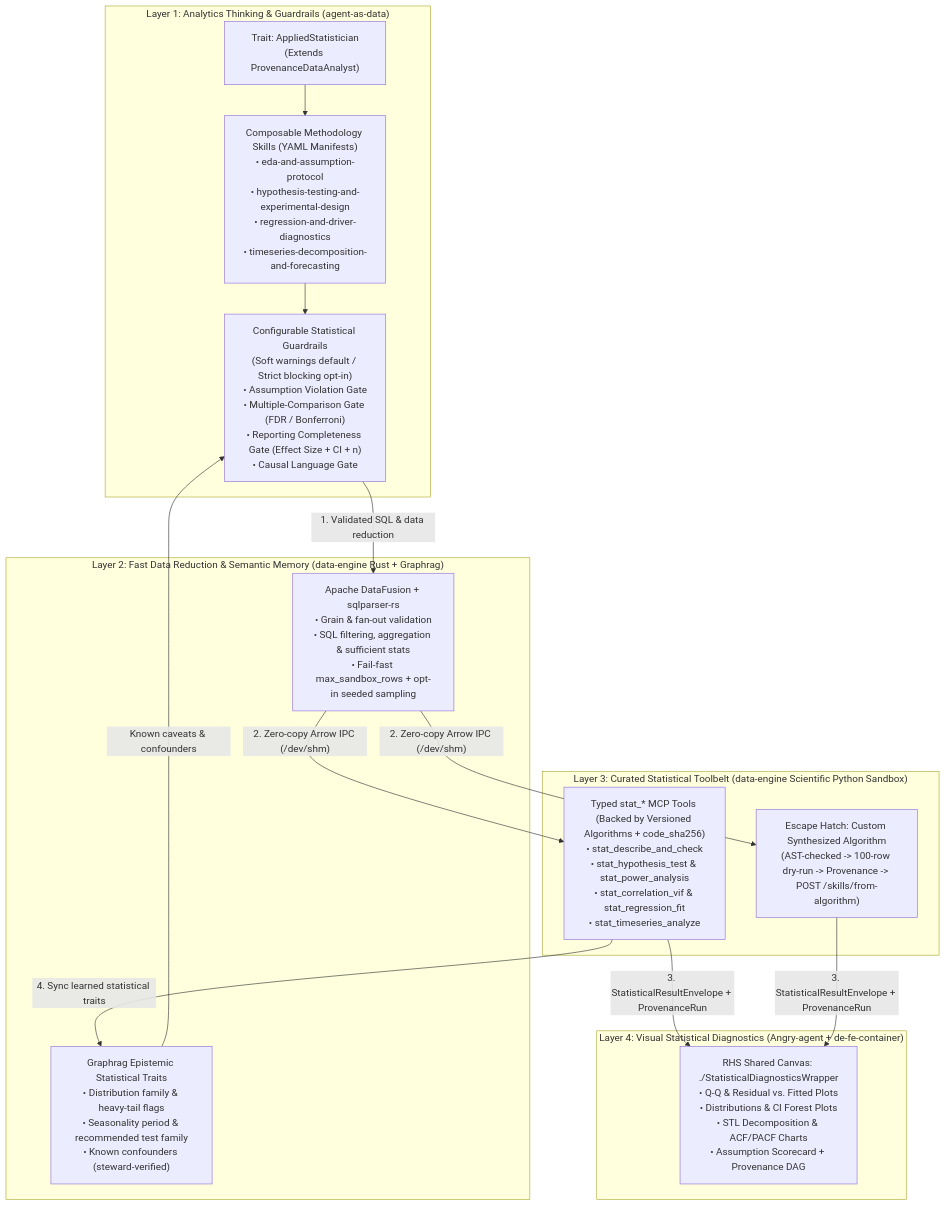
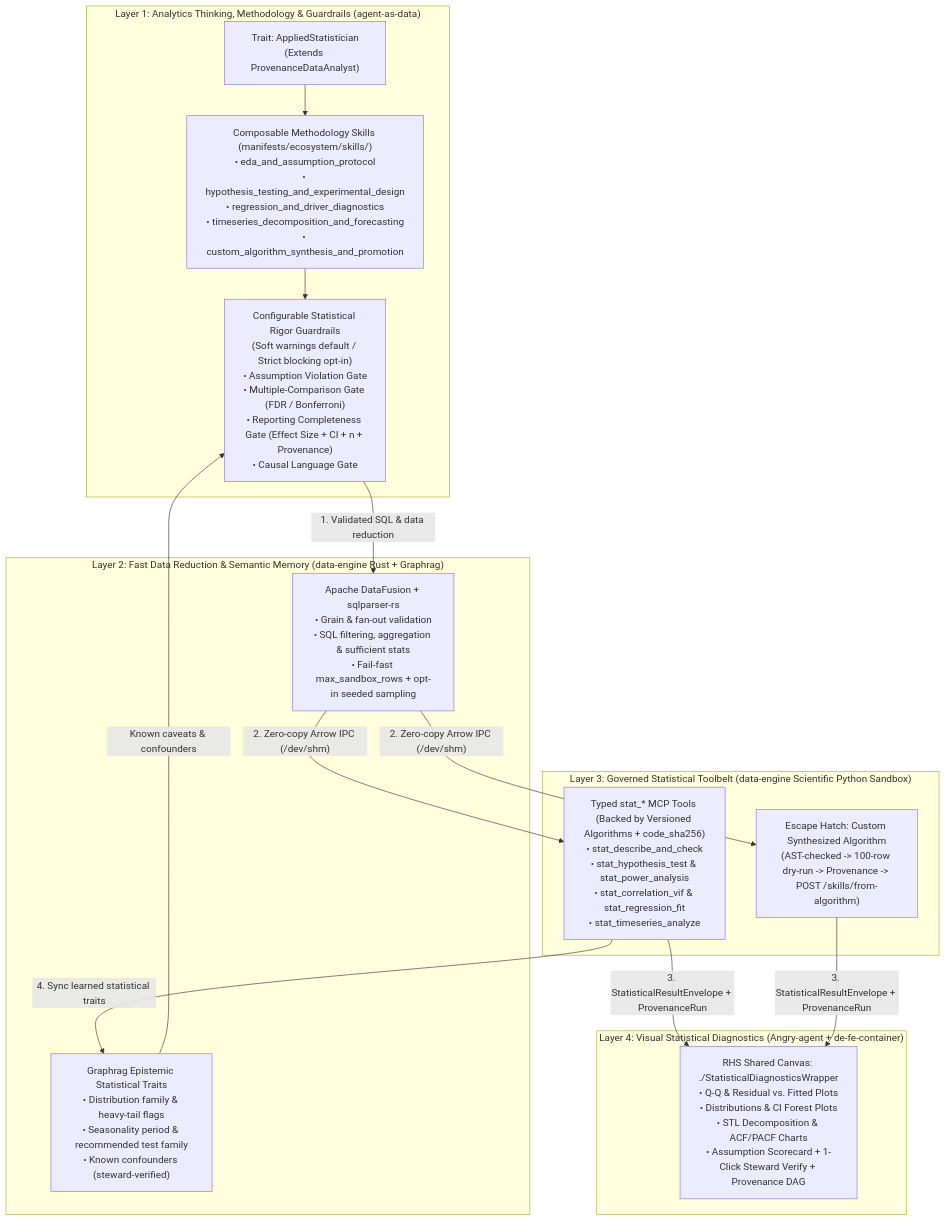
The diagram in spec/research/statistical-analytics-skills-and-compute-research.md (PolecatWorks/data-engine), drawn with Mermaid before and after one commit. The commit also changed other lines of this file and 21 other files, not shown here.

Commit message:
feat(analytics): implement Specs 10, 11 & 12 backend (scientific Python Arrow IPC sandbox, 6 stat_* tools, MCP/REST API, STAT-TRAP-01..04, and architectural rationale)

````diff
--- a/spec/research/statistical-analytics-skills-and-compute-research.md
+++ b/spec/research/statistical-analytics-skills-and-compute-research.md
@@ -30,29 +67,29 @@
 ```mermaid
 flowchart TB
-    subgraph L1["Layer 1: Analytics Thinking & Guardrails (agent-as-data)"]
+    subgraph L1["Layer 1: Analytics Thinking, Methodology & Guardrails (agent-as-data)"]
         Trait["Trait: AppliedStatistician\n(Extends ProvenanceDataAnalyst)"]
-        Skills["Composable Methodology Skills (YAML Manifests)\n• eda-and-assumption-protocol\n• hypothesis-testing-and-experimental-design\n• regression-and-driver-diagnostics\n• timeseries-decomposition-and-forecasting"]
-        Guard["Configurable Statistical Guardrails\n(Soft warnings default / Strict blocking opt-in)\n• Assumption Violation Gate\n• Multiple-Comparison Gate (FDR / Bonferroni)\n• Reporting Completeness Gate (Effect Size + CI + n)\n• Causal Language Gate"]
+        Skills["Composable Methodology Skills (manifests/ecosystem/skills/)\n• eda_and_assumption_protocol\n• hypothesis_testing_and_experimental_design\n• regression_and_driver_diagnostics\n• timeseries_decomposition_and_forecasting\n• custom_algorithm_synthesis_and_promotion"]
+        Guard["Configurable Statistical Rigor Guardrails\n(Soft warnings default / Strict blocking opt-in)\n• Assumption Violation Gate\n• Multiple-Comparison Gate (FDR / Bonferroni)\n• Reporting Completeness Gate (Effect Size + CI + n + Provenance)\n• Causal Language Gate"]
     end
 
     subgraph L2["Layer 2: Fast Data Reduction & Semantic Memory (data-engine Rust + Graphrag)"]
         DF["Apache DataFusion + sqlparser-rs\n• Grain & fan-out validation\n• SQL filtering, aggregation & sufficient stats\n• Fail-fast max_sandbox_rows + opt-in seeded sampling"]
         GR["Graphrag Epistemic Statistical Traits\n• Distribution family & heavy-tail flags\n• Seasonality period & recommended test family\n• Known confounders (steward-verified)"]
     end
 
-    subgraph L3["Layer 3: Curated Statistical Toolbelt (data-engine Scientific Python Sandbox)"]
+    subgraph L3["Layer 3: Governed Statistical Toolbelt (data-engine Scientific Python Sandbox)"]
         MCP["Typed stat_* MCP Tools (Backed by Versioned Algorithms + code_sha256)\n• stat_describe_and_check\n• stat_hypothesis_test & stat_power_analysis\n• stat_correlation_vif & stat_regression_fit\n• stat_timeseries_analyze"]
         Escape["Escape Hatch: Custom Synthesized Algorithm\n(AST-checked -> 100-row dry-run -> Provenance -> POST /skills/from-algorithm)"]
     end
 
     subgraph L4["Layer 4: Visual Statistical Diagnostics (Angry-agent + de-fe-container)"]
-        Canvas["RHS Shared Canvas: ./StatisticalDiagnosticsWrapper\n• Q-Q & Residual vs. Fitted Plots\n• Distributions & CI Forest Plots\n• STL Decomposition & ACF/PACF Charts\n• Assumption Scorecard + Provenance DAG"]
+        Canvas["RHS Shared Canvas: ./StatisticalDiagnosticsWrapper\n• Q-Q & Residual vs. Fitted Plots\n• Distributions & CI Forest Plots\n• STL Decomposition & ACF/PACF Charts\n• Assumption Scorecard + 1-Click Steward Verify + Provenance DAG"]
     end
 
     Trait --> Skills --> Guard
     GR -->|"Known caveats & confounders"| Guard
     Guard -->|"1. Validated SQL & data reduction"| DF
     DF -->|"2. Zero-copy Arrow IPC (/dev/shm)"| MCP & Escape
     MCP & Escape -->|"3. StatisticalResultEnvelope + ProvenanceRun"| Canvas
     MCP -->|"4. Sync learned statistical traits"| GR
 ```
````
